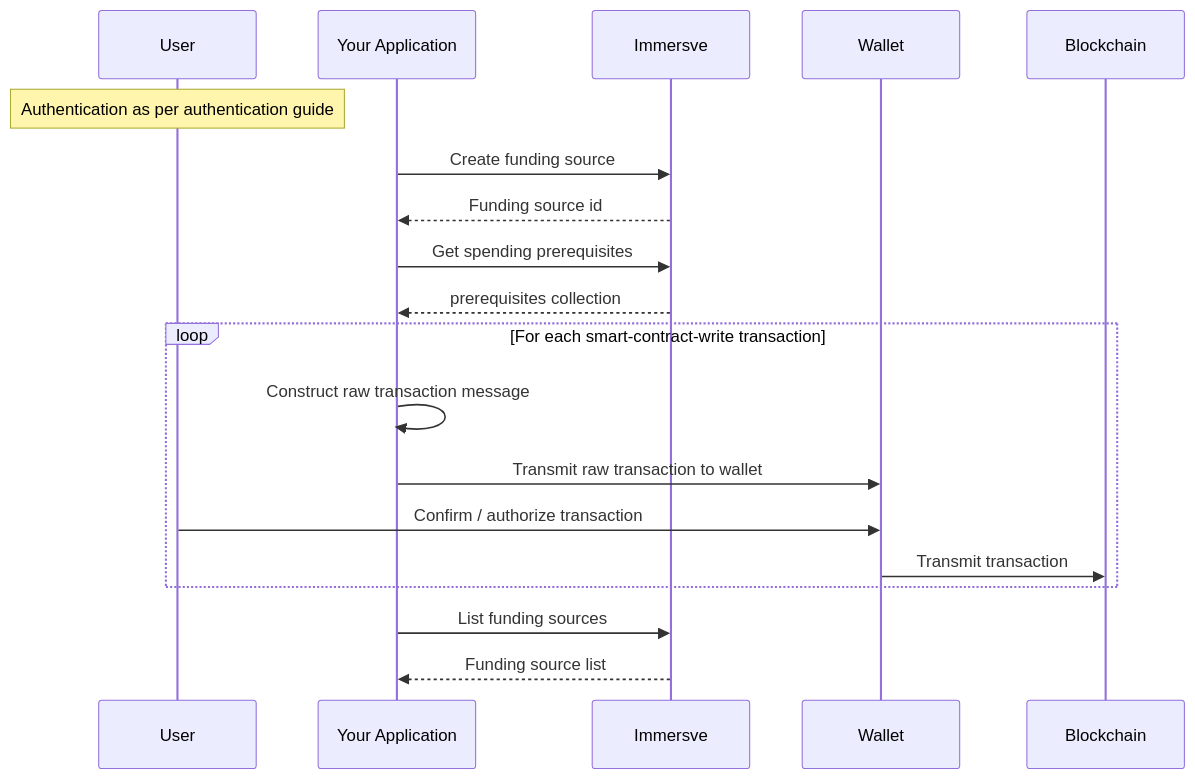
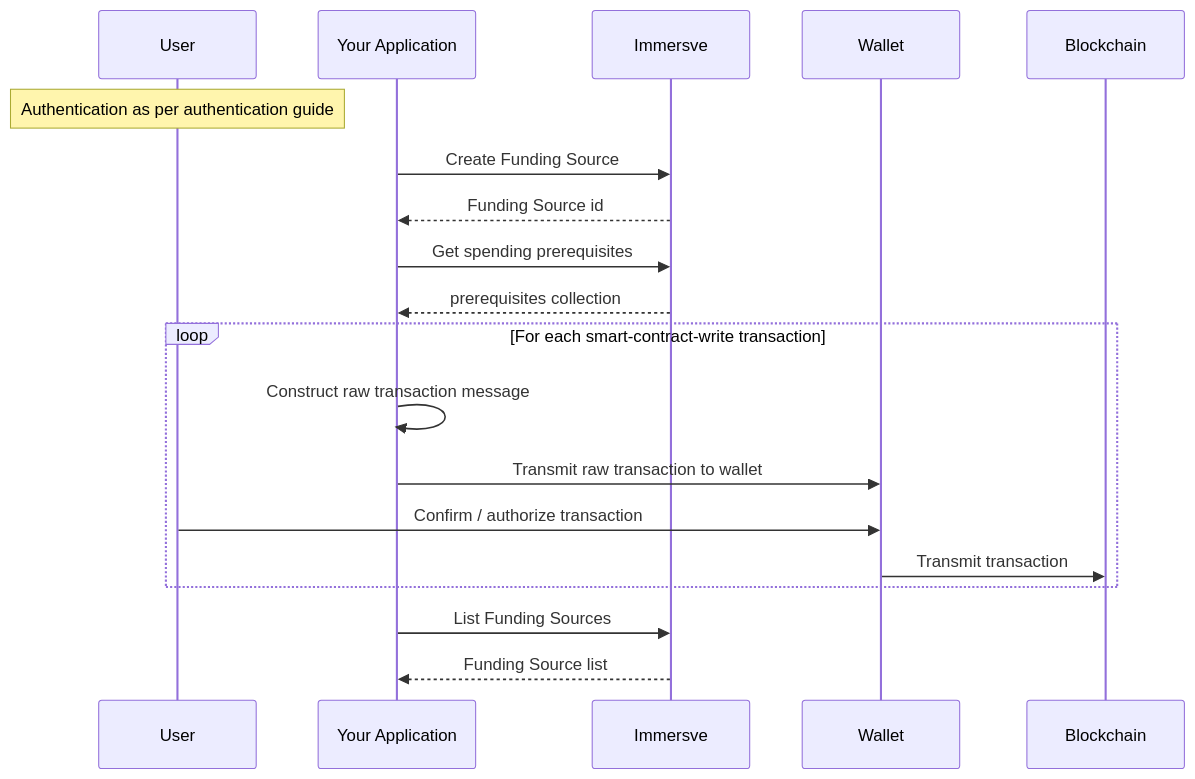
Before and after one commit to immersve/immersve-docs: the diagram in docs/guides/card-funding.md, drawn with Mermaid. The commit also changed other lines of this file and 9 other files, not shown here.

Commit message:
make Funding Source a proper noun

````diff
--- a/docs/guides/card-funding.md
+++ b/docs/guides/card-funding.md
@@ -88,22 +88,22 @@
 ```mermaid
 sequenceDiagram
     participant U as User
     participant C as Your Application
     participant I as Immersve
     participant W as Wallet
     participant B as Blockchain
     note over U: Authentication as per authentication guide
 
-    C->>I: Create funding source
-    I-->>C: Funding source id
+    C->>I: Create Funding Source
+    I-->>C: Funding Source id
     C->>I: Get spending prerequisites
     I-->>C: prerequisites collection
       loop For each smart-contract-write transaction
       C->>C: Construct raw transaction message
       C->>W: Transmit raw transaction to wallet
       U->>W: Confirm / authorize transaction
       W->>B: Transmit transaction
       end
-    C->>I: List funding sources
-    I-->>C: Funding source list
+    C->>I: List Funding Sources
+    I-->>C: Funding Source list
 ```
````
